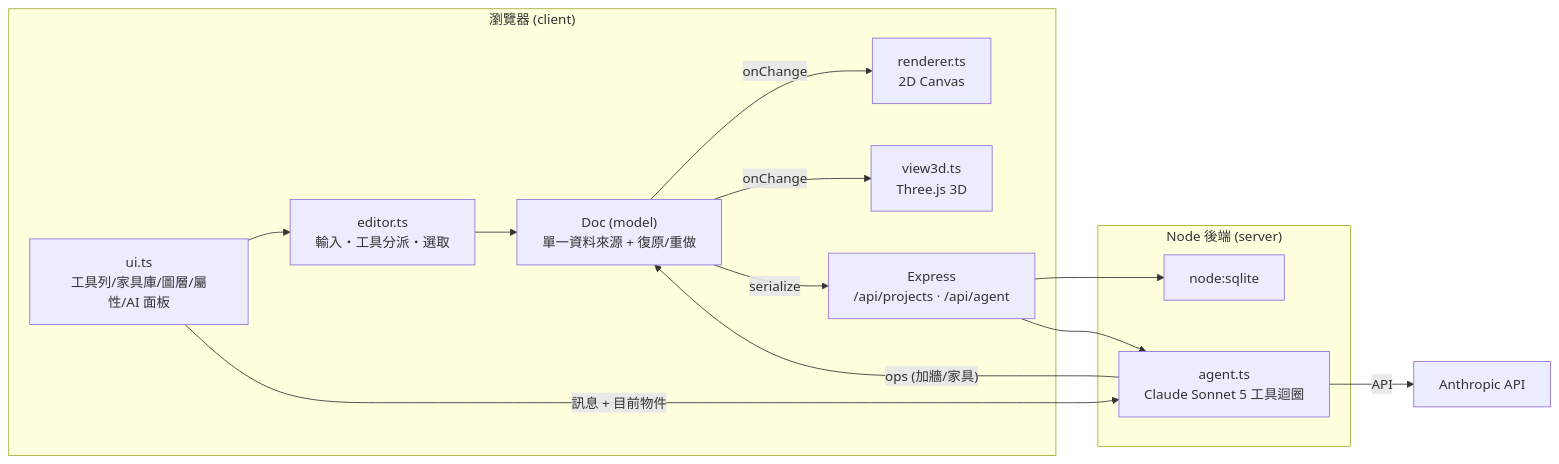
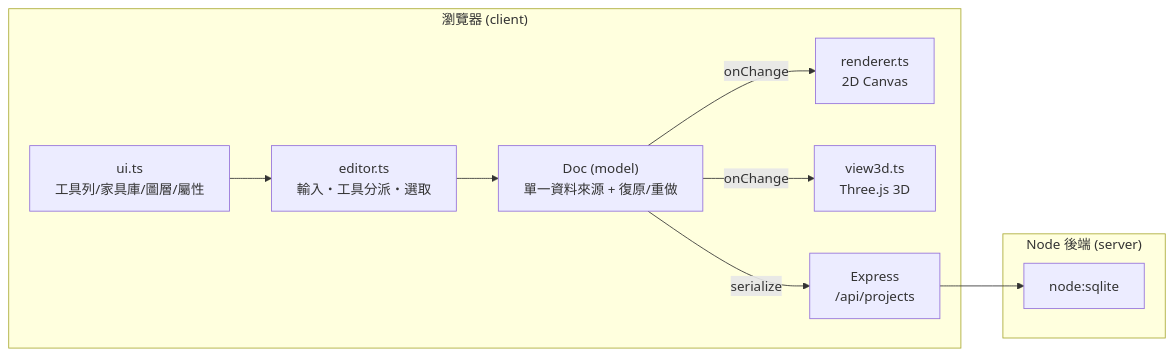
Before and after one commit to bruuucechang/interiordesign: the diagram in README.md, drawn with Mermaid. The commit also changed other lines of this file and 8 other files, not shown here.

````diff
--- a/README.md
+++ b/README.md
@@ -57,24 +55,19 @@
 ```mermaid
 flowchart LR
   subgraph Browser["瀏覽器 (client)"]
-    UI["ui.ts<br/>工具列/家具庫/圖層/屬性/AI 面板"]
+    UI["ui.ts<br/>工具列/家具庫/圖層/屬性"]
     Editor["editor.ts<br/>輸入・工具分派・選取"]
     Doc["Doc (model)<br/>單一資料來源 + 復原/重做"]
     R2D["renderer.ts<br/>2D Canvas"]
     V3D["view3d.ts<br/>Three.js 3D"]
     UI --> Editor --> Doc
     Doc -- onChange --> R2D
     Doc -- onChange --> V3D
     Doc -- serialize --> API
   end
   subgraph Server["Node 後端 (server)"]
-    API["Express<br/>/api/projects · /api/agent"]
+    API["Express<br/>/api/projects"]
     DB["node:sqlite"]
-    Agent["agent.ts<br/>Claude Sonnet 5 工具迴圈"]
     API --> DB
-    API --> Agent
   end
-  UI -- "訊息 + 目前物件" --> Agent
-  Agent -- "ops (加牆/家具)" --> Doc
-  Agent -- API --> Anthropic["Anthropic API"]
 ```
````
